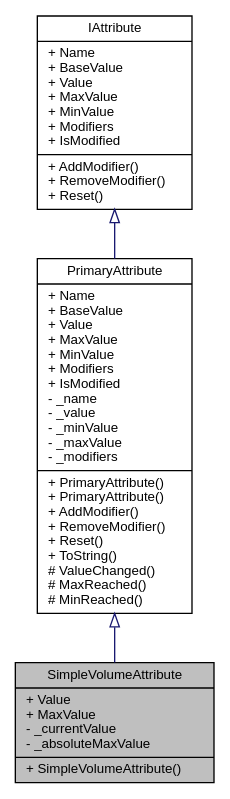
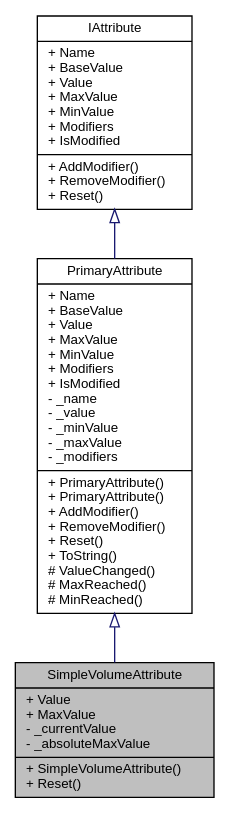
The diagram in d8/da3/class_action_rpg_kit_1_1_character_1_1_attribute_1_1_simple_volume_attribute__inherit__graph.dot (PaulSchweizer/ActionRpgKit), drawn with Graphviz before and after one commit. The commit also changed 323 other files, not shown here.

```diff
--- a/d8/da3/class_action_rpg_kit_1_1_character_1_1_attribute_1_1_simple_volume_attribute__inherit__graph.dot
+++ b/d8/da3/class_action_rpg_kit_1_1_character_1_1_attribute_1_1_simple_volume_attribute__inherit__graph.dot
@@ -1,11 +1,11 @@
 digraph "SimpleVolumeAttribute"
 {
  // INTERACTIVE_SVG=YES
   edge [fontname="Helvetica",fontsize="10",labelfontname="Helvetica",labelfontsize="10"];
   node [fontname="Helvetica",fontsize="10",shape=record];
-  Node1 [label="{SimpleVolumeAttribute\n|+ Value\l+ MaxValue\l- _currentValue\l- _absoluteMaxValue\l|+ SimpleVolumeAttribute()\l}",height=0.2,width=0.4,color="black", fillcolor="grey75", style="filled", fontcolor="black"];
+  Node1 [label="{SimpleVolumeAttribute\n|+ Value\l+ MaxValue\l- _currentValue\l- _absoluteMaxValue\l|+ SimpleVolumeAttribute()\l+ Reset()\l}",height=0.2,width=0.4,color="black", fillcolor="grey75", style="filled", fontcolor="black"];
   Node2 -> Node1 [dir="back",color="midnightblue",fontsize="10",style="solid",arrowtail="onormal",fontname="Helvetica"];
   Node2 [label="{PrimaryAttribute\n|+ Name\l+ BaseValue\l+ Value\l+ MaxValue\l+ MinValue\l+ Modifiers\l+ IsModified\l- _name\l- _value\l- _minValue\l- _maxValue\l- _modifiers\l|+ PrimaryAttribute()\l+ PrimaryAttribute()\l+ AddModifier()\l+ RemoveModifier()\l+ Reset()\l+ ToString()\l# ValueChanged()\l# MaxReached()\l# MinReached()\l}",height=0.2,width=0.4,color="black", fillcolor="white", style="filled",URL="$d5/ddc/class_action_rpg_kit_1_1_character_1_1_attribute_1_1_primary_attribute.xhtml",tooltip="Represents a simple float value."];
   Node3 -> Node2 [dir="back",color="midnightblue",fontsize="10",style="solid",arrowtail="onormal",fontname="Helvetica"];
   Node3 [label="{IAttribute\n|+ Name\l+ BaseValue\l+ Value\l+ MaxValue\l+ MinValue\l+ Modifiers\l+ IsModified\l|+ AddModifier()\l+ RemoveModifier()\l+ Reset()\l}",height=0.2,width=0.4,color="black", fillcolor="white", style="filled",URL="$d5/d7e/interface_action_rpg_kit_1_1_character_1_1_attribute_1_1_i_attribute.xhtml",tooltip="Interface for Attributes."];
 }
```
